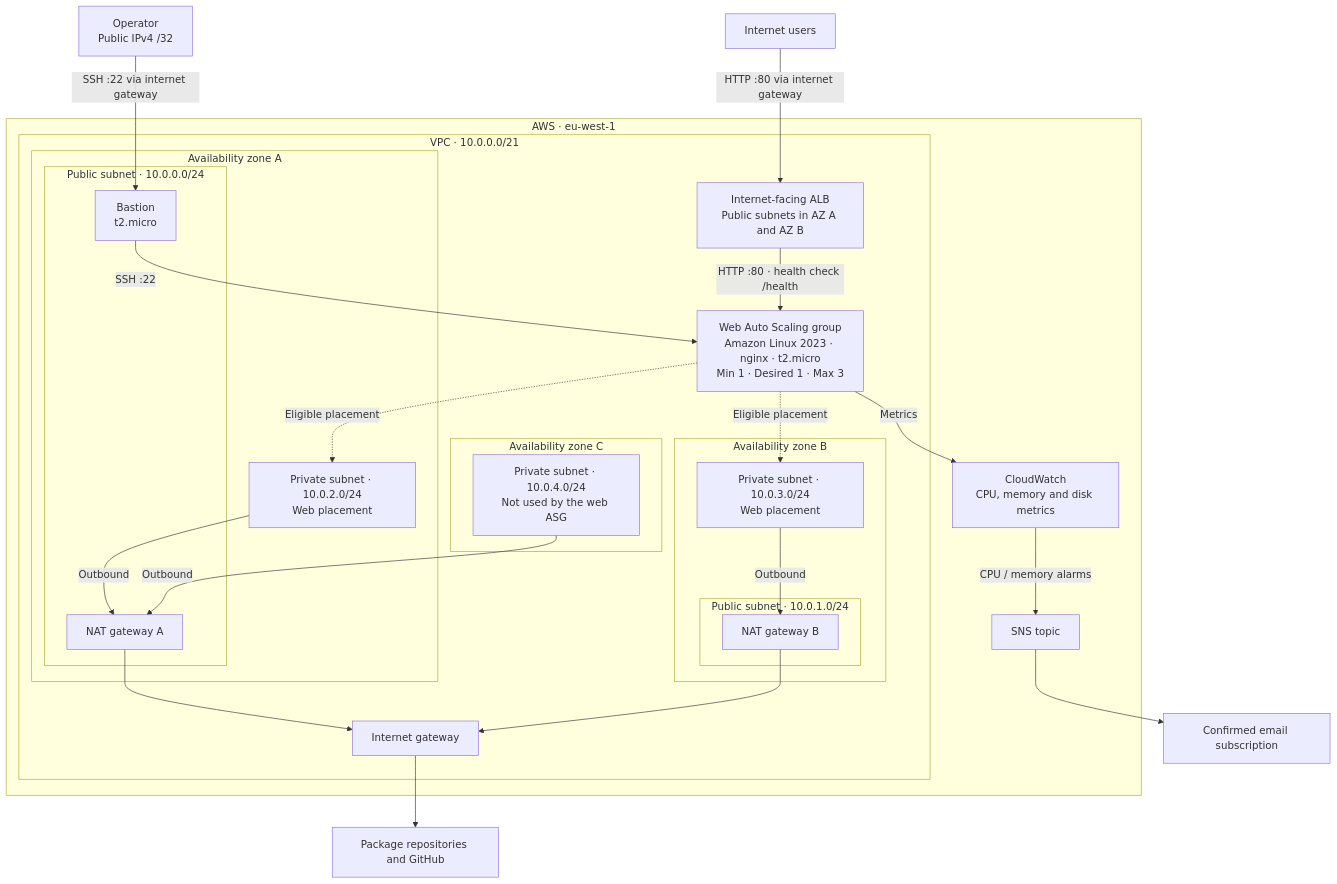
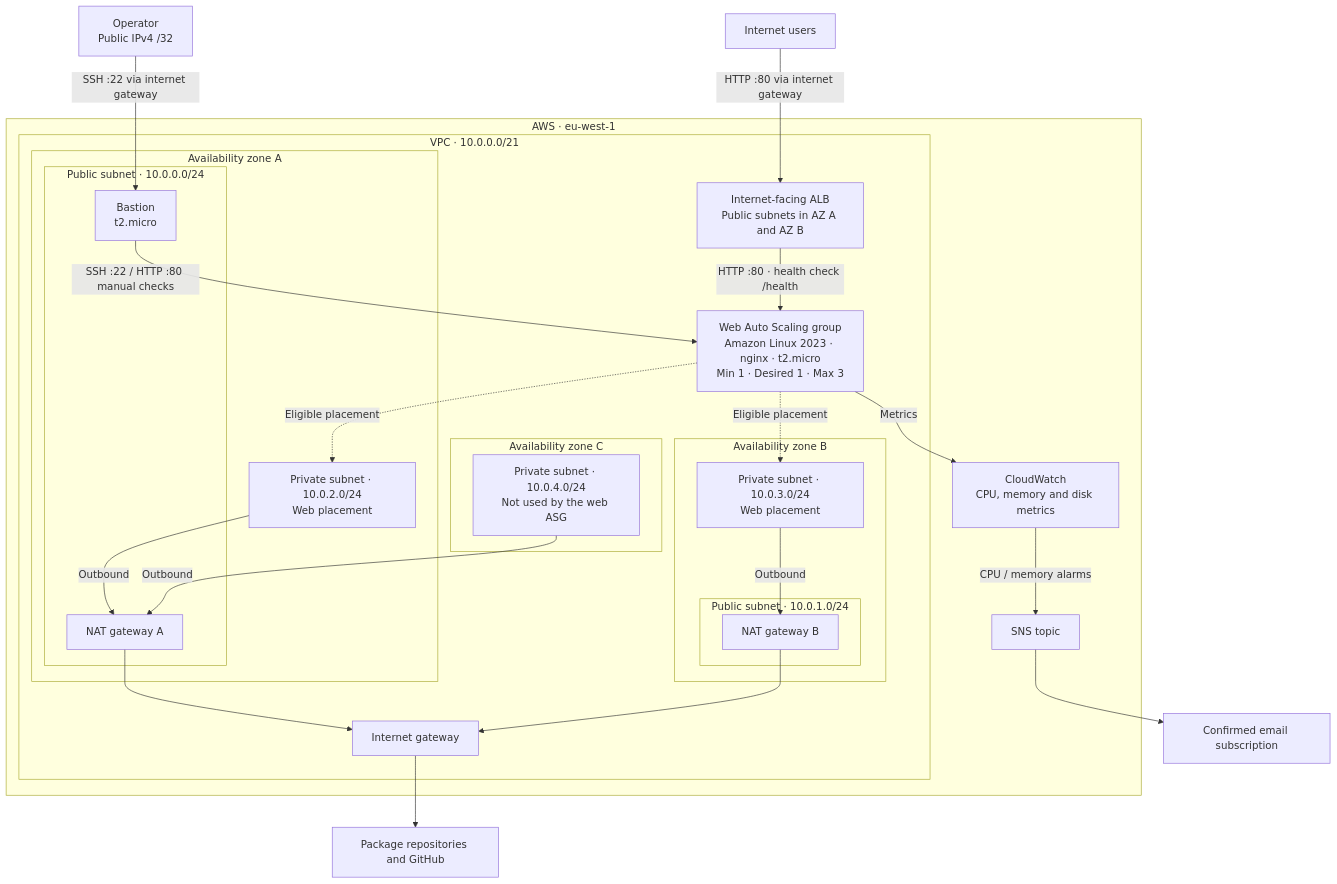
Before and after one commit to mukkapati123/sre-exercise: the diagram in README.md, drawn with Mermaid. The commit also changed other lines of this file and 1 other file, not shown here.

Commit message:
fix: SRE-8 | Allow bastion HTTP checks to private web instances (#8)

````diff
--- a/README.md
+++ b/README.md
@@ -29,53 +29,53 @@
 ```mermaid
 flowchart TB
     users["Internet users"]
     operator["Operator<br/>Public IPv4 /32"]
     external["Package repositories and GitHub"]
 
     subgraph aws["AWS · eu-west-1"]
         subgraph vpc["VPC · 10.0.0.0/21"]
             igw["Internet gateway"]
             alb["Internet-facing ALB<br/>Public subnets in AZ A and AZ B"]
 
             subgraph aza["Availability zone A"]
                 subgraph public_a["Public subnet · 10.0.0.0/24"]
                     bastion["Bastion<br/>t2.micro"]
                     nat_a["NAT gateway A"]
                 end
                 private_a["Private subnet · 10.0.2.0/24<br/>Web placement"]
             end
 
             subgraph azb["Availability zone B"]
                 subgraph public_b["Public subnet · 10.0.1.0/24"]
                     nat_b["NAT gateway B"]
                 end
                 private_b["Private subnet · 10.0.3.0/24<br/>Web placement"]
             end
 
             subgraph azc["Availability zone C"]
                 private_c["Private subnet · 10.0.4.0/24<br/>Not used by the web ASG"]
             end
 
             web["Web Auto Scaling group<br/>Amazon Linux 2023 · nginx · t2.micro<br/>Min 1 · Desired 1 · Max 3"]
             alb -->|"HTTP :80 · health check /health"| web
-            bastion -->|"SSH :22"| web
+            bastion -->|"SSH :22 / HTTP :80 manual checks"| web
             web -.->|"Eligible placement"| private_a
             web -.->|"Eligible placement"| private_b
             private_a -->|"Outbound"| nat_a
             private_b -->|"Outbound"| nat_b
             private_c -->|"Outbound"| nat_a
             nat_a --> igw
             nat_b --> igw
         end
 
         cw["CloudWatch<br/>CPU, memory and disk metrics"]
         sns["SNS topic"]
     end
 
     users -->|"HTTP :80 via internet gateway"| alb
     operator -->|"SSH :22 via internet gateway"| bastion
     igw --> external
     web -->|"Metrics"| cw
     cw -->|"CPU / memory alarms"| sns
     sns --> email["Confirmed email subscription"]
 ```
````
